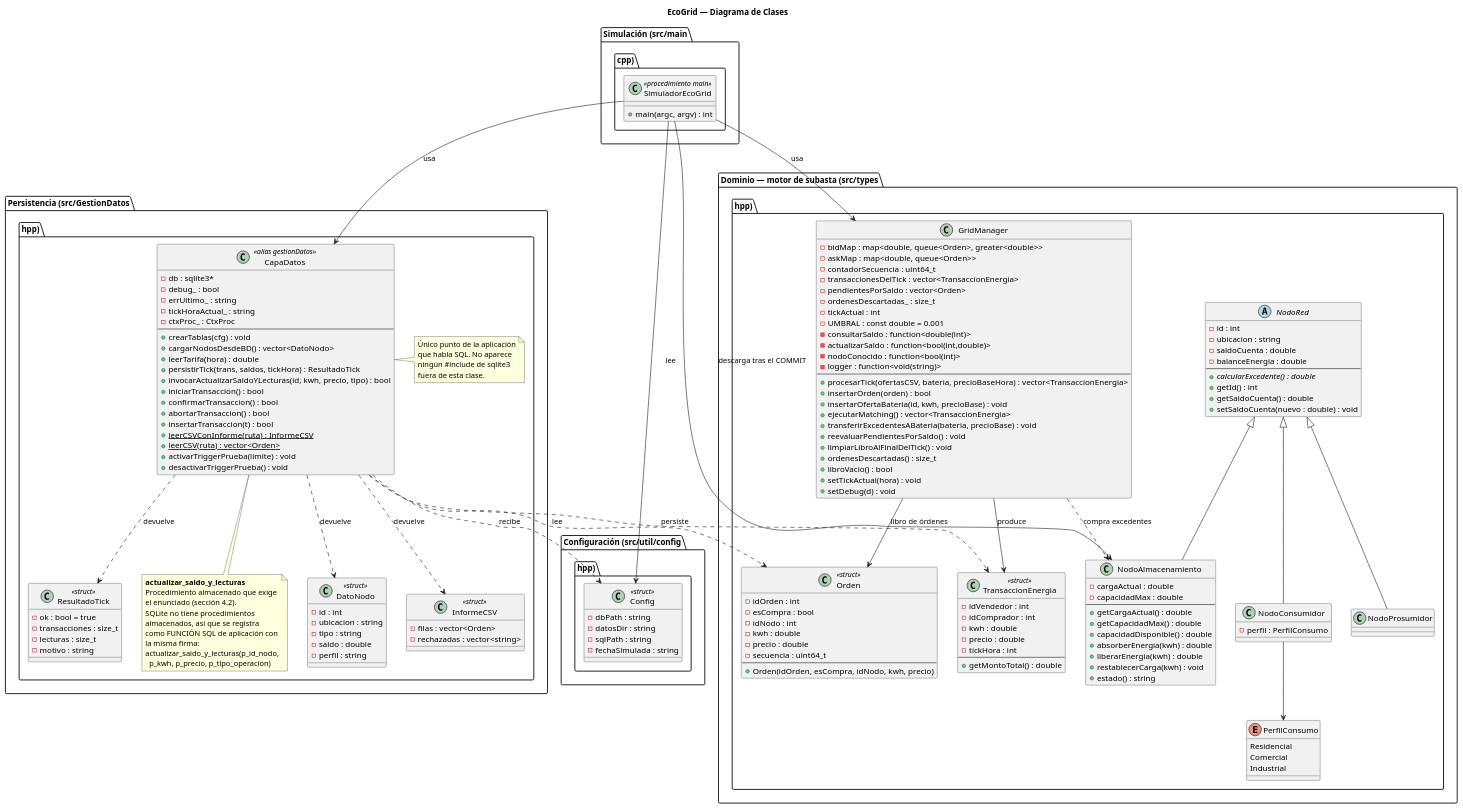
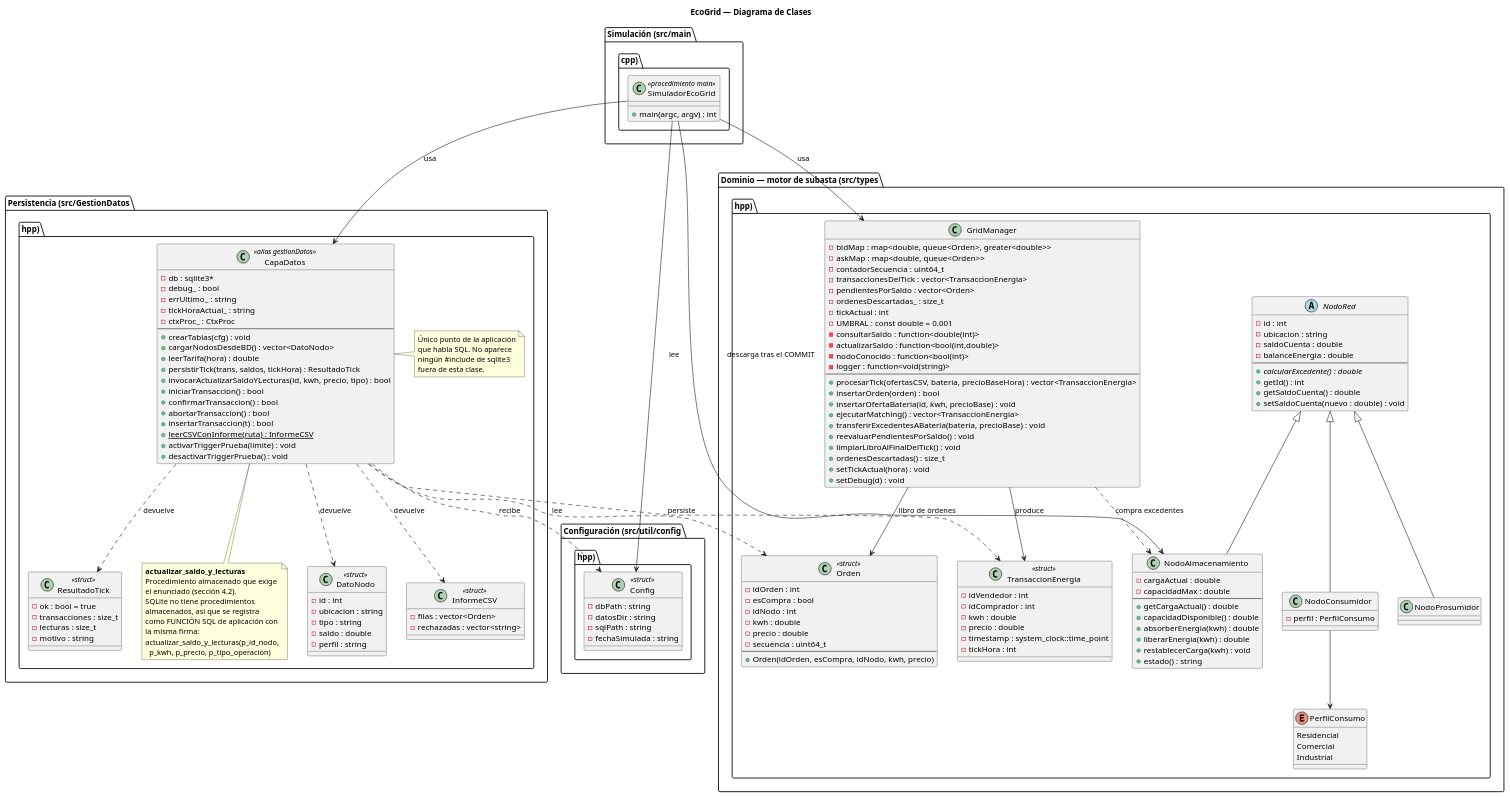
The diagram in docs/diagrama_clases.puml (alepiumetti/trabajo-final-doo-2026), drawn with PlantUML before and after one commit. The commit also changed 6 other files, not shown here.

```diff
--- a/docs/diagrama_clases.puml
+++ b/docs/diagrama_clases.puml
@@ -51,7 +51,6 @@
     - capacidadMax : double
     --
     + getCargaActual() : double
-    + getCapacidadMax() : double
     + capacidadDisponible() : double
     + absorberEnergia(kwh) : double
     + liberarEnergia(kwh) : double
@@ -70,9 +69,8 @@
     - idComprador : int
     - kwh : double
     - precio : double
+    - timestamp : system_clock::time_point
     - tickHora : int
-    --
-    + getMontoTotal() : double
   }
 
   class GridManager {
@@ -97,7 +95,6 @@
     + reevaluarPendientesPorSaldo() : void
     + limpiarLibroAlFinalDelTick() : void
     + ordenesDescartadas() : size_t
-    + libroVacio() : bool
     + setTickActual(hora) : void
     + setDebug(d) : void
   }
@@ -130,7 +127,6 @@
     + abortarTransaccion() : bool
     + insertarTransaccion(t) : bool
     + {static} leerCSVConInforme(ruta) : InformeCSV
-    + {static} leerCSV(ruta) : vector<Orden>
     + activarTriggerPrueba(limite) : void
     + desactivarTriggerPrueba() : void
   }
```
